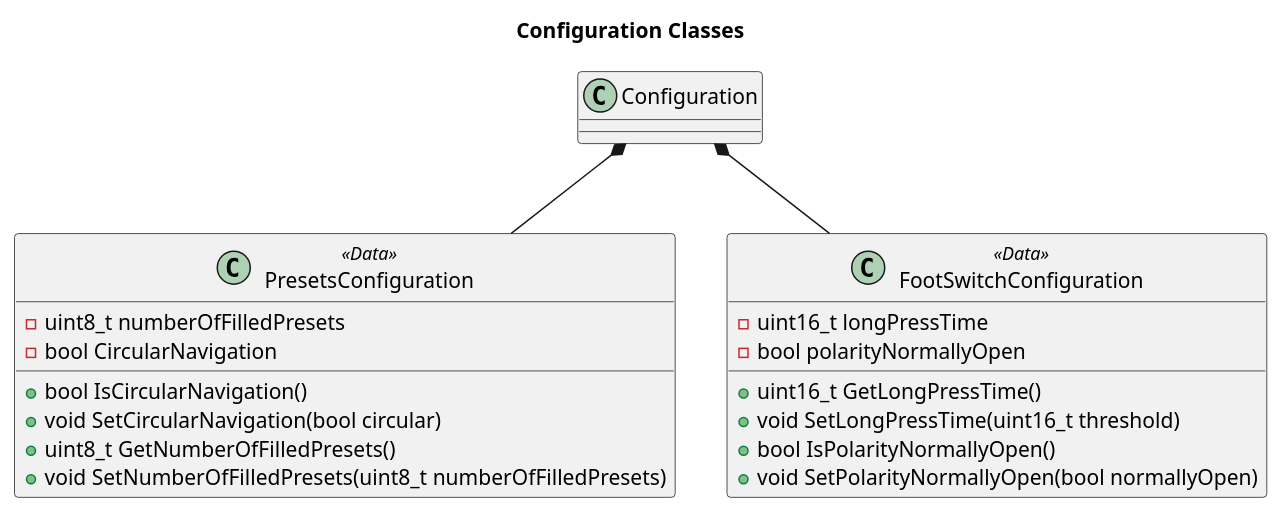
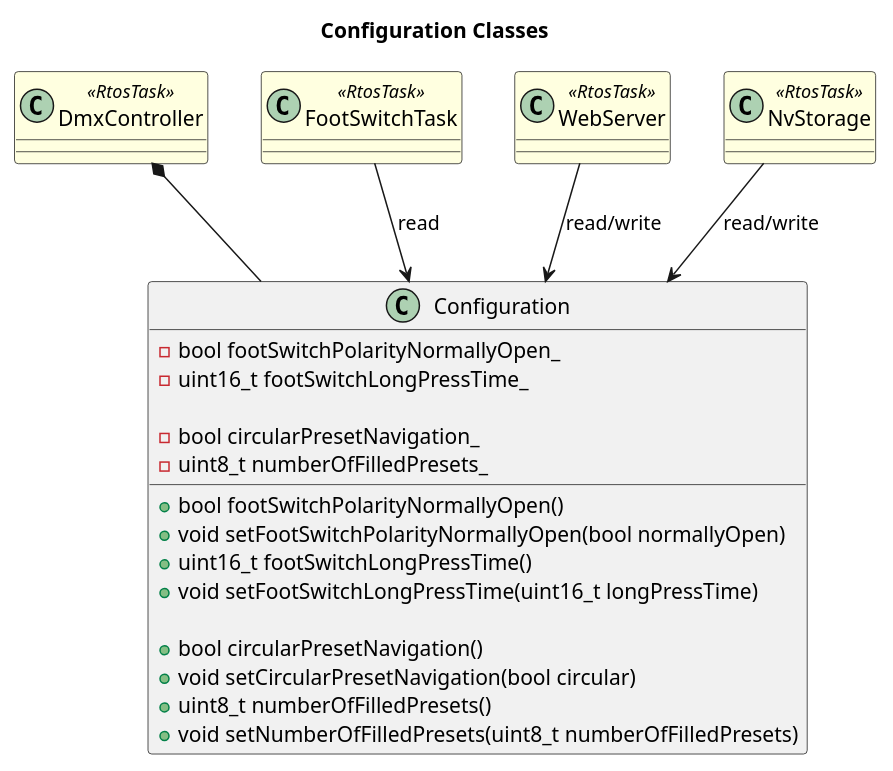
The third of 8 diagrams in Documentation/software_design.puml (michelkeijzers/Esp32DmxController), drawn with PlantUML before and after one commit. The commit also changed other lines of this file and 1 other file, not shown here.

Commit message:
Updated UML diagrams

```diff
--- a/Documentation/software_design.puml
+++ b/Documentation/software_design.puml
@@ -170,54 +169,60 @@
 @startuml 
 title Configuration Classes
 
-class PresetsConfiguration <<Data>>
+class DmxController <<RtosTask>> #lightYellow {}
+
+class FootSwitchTask <<RtosTask>> #lightYellow {}
+
+class WebServer <<RtosTask>> #lightYellow {}
+
+class NvStorage <<RtosTask>> #lightYellow {}
+
+class Configuration 
 {
-    +bool IsCircularNavigation()
-    +void SetCircularNavigation(bool circular)
-    +uint8_t GetNumberOfFilledPresets()
-    +void SetNumberOfFilledPresets(uint8_t numberOfFilledPresets)
+    +bool footSwitchPolarityNormallyOpen()
+    +void setFootSwitchPolarityNormallyOpen(bool normallyOpen)
+    +uint16_t footSwitchLongPressTime()
+    +void setFootSwitchLongPressTime(uint16_t longPressTime)
+
+    +bool circularPresetNavigation()
+    +void setCircularPresetNavigation(bool circular)
+    +uint8_t numberOfFilledPresets()
+    +void setNumberOfFilledPresets(uint8_t numberOfFilledPresets)
     
-    -uint8_t numberOfFilledPresets
-    -bool CircularNavigation
+    -bool footSwitchPolarityNormallyOpen_
+    -uint16_t footSwitchLongPressTime_
+
+    -bool circularPresetNavigation_
+    -uint8_t numberOfFilledPresets_
 }
-Configuration *-- PresetsConfiguration
 
-class FootSwitchConfiguration <<Data>>
-{
-    +uint16_t GetLongPressTime()
-    +void SetLongPressTime(uint16_t threshold)
-    +bool IsPolarityNormallyOpen()
-    +void SetPolarityNormallyOpen(bool normallyOpen)
-    '+bool IsSendFootSwitchStateChangesThroughOsc()
-    '+void SetSendFootSwitchStateChangesThroughOsc(bool send)
-    -uint16_t longPressTime
-    -bool polarityNormallyOpen
-    '-bool sendFootSwitchStateChangesThroughOsc
-}
-Configuration *-- FootSwitchConfiguration
+DmxController *-- Configuration
+FootSwitchTask --> Configuration : read
+WebServer --> Configuration : read/write
+NvStorage --> Configuration : read/write
 
 ' class OscConfiguration <<Data>>
 ' {
 '     +const char* GetDestinationAddress()
 '     +void SetDestinationAddress(const char* address)
 '     +int GetReceivePort()
 '     +void SetReceivePort(int port)
 '     +void SetSendPort(int port)
 '     +int GetSendPort()
 '     -string destinationAddress
 '     -int receivePort
 '     -int sendPort
 ' }
 ' Configuration *-- OscConfiguration
 
 ' class DmxTransmission <<Data>>
 ' {
 '     +bool IsSendViaArtNet()
 '     +void SetSendViaArtNet(bool send)
 '     +bool IsSendToDmxConnector()
 '     +void SetSendToDmxConnector(bool send)
 '     -bool sendViaArtNet
 '     -bool sendToDmxConnector
 ' }
 ' Configuration *-- DmxTransmission
 @enduml 
```
